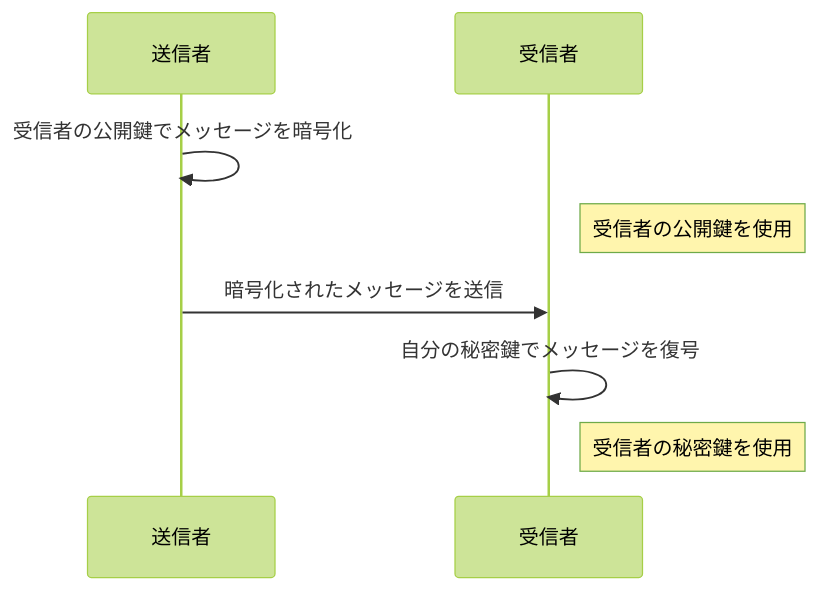
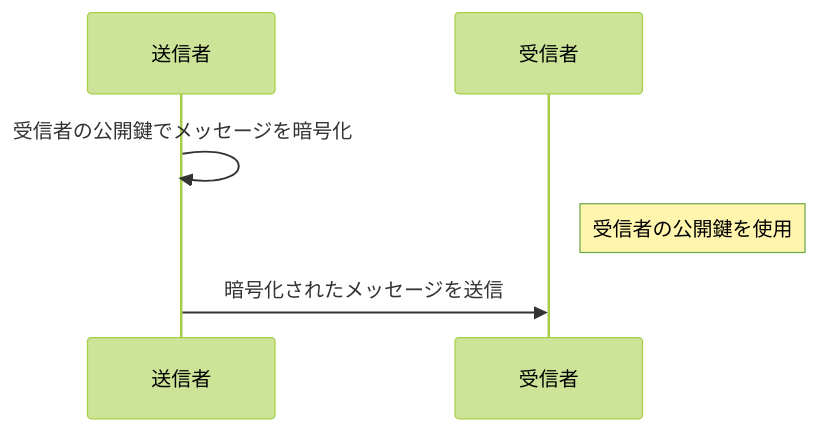
One commit to shuji-bonji/Notes-about-Digital-Signatures-and-Timestamps changed the second of 6 diagrams in EncryptionAndDigitalSignatures.md. Above: the diagram before and after it, drawn with Mermaid (forest theme). The commit also changed other lines of this file and 2 other files, not shown here.

````diff
--- a/EncryptionAndDigitalSignatures.md
+++ b/EncryptionAndDigitalSignatures.md
@@ -35,12 +44,8 @@
 ```mermaid
 sequenceDiagram
     participant Sender as 送信者
     participant Receiver as 受信者
     Sender->>Sender: 受信者の公開鍵でメッセージを暗号化
     Note right of Receiver: 受信者の公開鍵を使用
     Sender->>Receiver: 暗号化されたメッセージを送信
-    Receiver->>Receiver: 自分の秘密鍵でメッセージを復号
-    Note right of Receiver: 受信者の秘密鍵を使用
-
-
 ```
````
